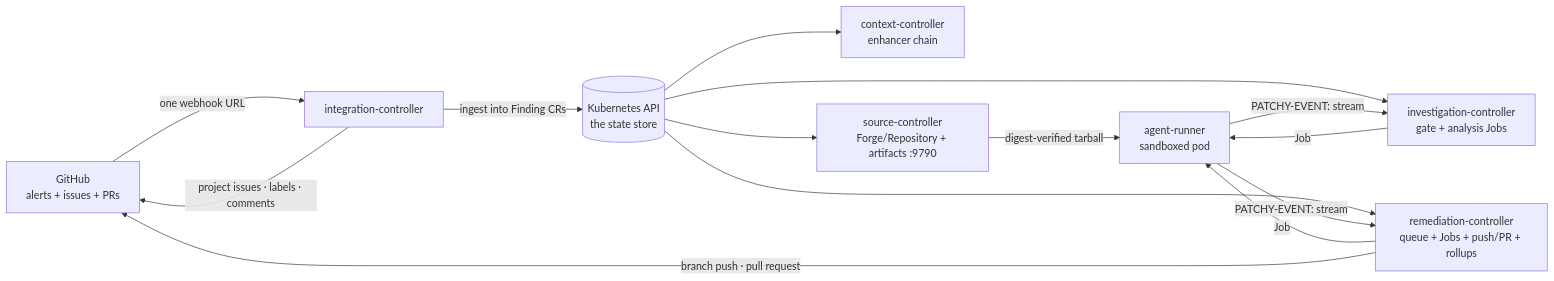
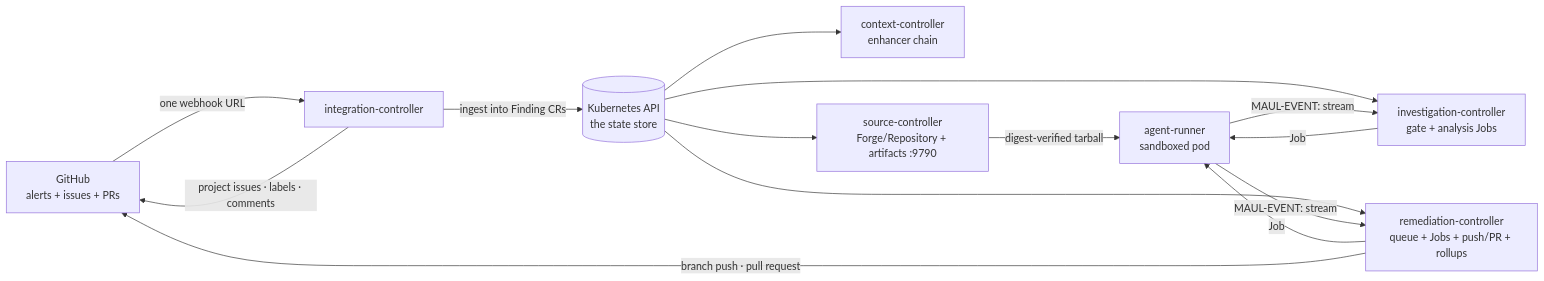
Before and after one commit to devthenet-labs/maul: the diagram in docs/how-it-works.md, drawn with Mermaid. The commit also changed other lines of this file and 2590 other files, not shown here.

````diff
--- a/docs/how-it-works.md
+++ b/docs/how-it-works.md
@@ -18,16 +17,16 @@
 ```mermaid
 flowchart LR
     GH[GitHub<br/>alerts + issues + PRs] -->|one webhook URL| IC[integration-controller]
     IC -->|ingest into Finding CRs| K8S[(Kubernetes API<br/>the state store)]
     IC -->|project issues · labels · comments| GH
     K8S --> CC[context-controller<br/>enhancer chain]
     K8S --> SC[source-controller<br/>Forge/Repository + artifacts :9790]
     K8S --> VC[investigation-controller<br/>gate + analysis Jobs]
     K8S --> RC[remediation-controller<br/>queue + Jobs + push/PR + rollups]
     VC -->|Job| AR[agent-runner<br/>sandboxed pod]
     RC -->|Job| AR
     SC -->|digest-verified tarball| AR
-    AR -->|PATCHY-EVENT: stream| VC
-    AR -->|PATCHY-EVENT: stream| RC
+    AR -->|MAUL-EVENT: stream| VC
+    AR -->|MAUL-EVENT: stream| RC
     RC -->|branch push · pull request| GH
 ```
````
